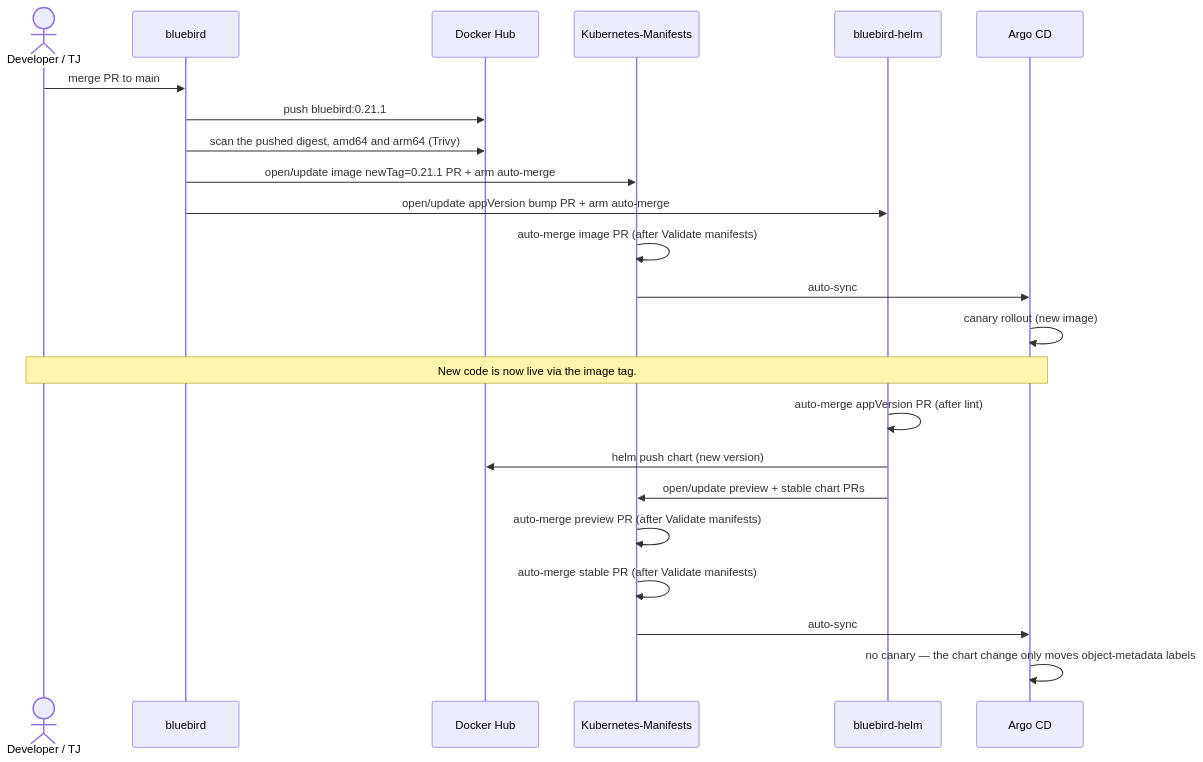
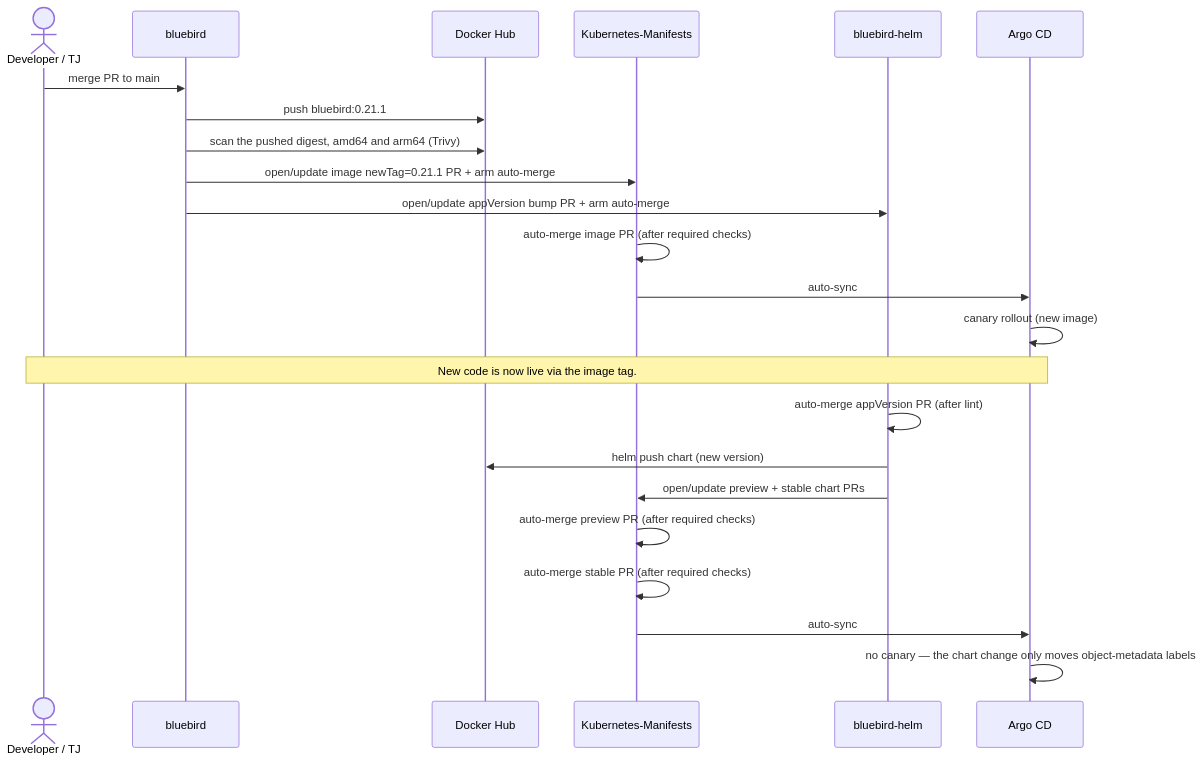
Before and after one commit to zimmertr/bluebird: the sixth of 6 diagrams in docs/CICD.md, drawn with Mermaid. The commit also changed other lines of this file and 3 other files, not shown here.

````diff
--- a/docs/CICD.md
+++ b/docs/CICD.md
@@ -1433,26 +1440,26 @@
 ```mermaid
 sequenceDiagram
     actor Dev as Developer / TJ
     participant BB as bluebird
     participant DH as Docker Hub
     participant KM as Kubernetes-Manifests
     participant HELM as bluebird-helm
     participant ARGO as Argo CD
 
     Dev->>BB: merge PR to main
     BB->>DH: push bluebird:0.21.1
     BB->>DH: scan the pushed digest, amd64 and arm64 (Trivy)
     BB->>KM: open/update image newTag=0.21.1 PR + arm auto-merge
     BB->>HELM: open/update appVersion bump PR + arm auto-merge
-    KM->>KM: auto-merge image PR (after Validate manifests)
+    KM->>KM: auto-merge image PR (after required checks)
     KM->>ARGO: auto-sync
     ARGO->>ARGO: canary rollout (new image)
     Note over Dev,ARGO: New code is now live via the image tag.
     HELM->>HELM: auto-merge appVersion PR (after lint)
     HELM->>DH: helm push chart (new version)
     HELM->>KM: open/update preview + stable chart PRs
-    KM->>KM: auto-merge preview PR (after Validate manifests)
-    KM->>KM: auto-merge stable PR (after Validate manifests)
+    KM->>KM: auto-merge preview PR (after required checks)
+    KM->>KM: auto-merge stable PR (after required checks)
     KM->>ARGO: auto-sync
     ARGO->>ARGO: no canary — the chart change only moves object-metadata labels
 ```
````
